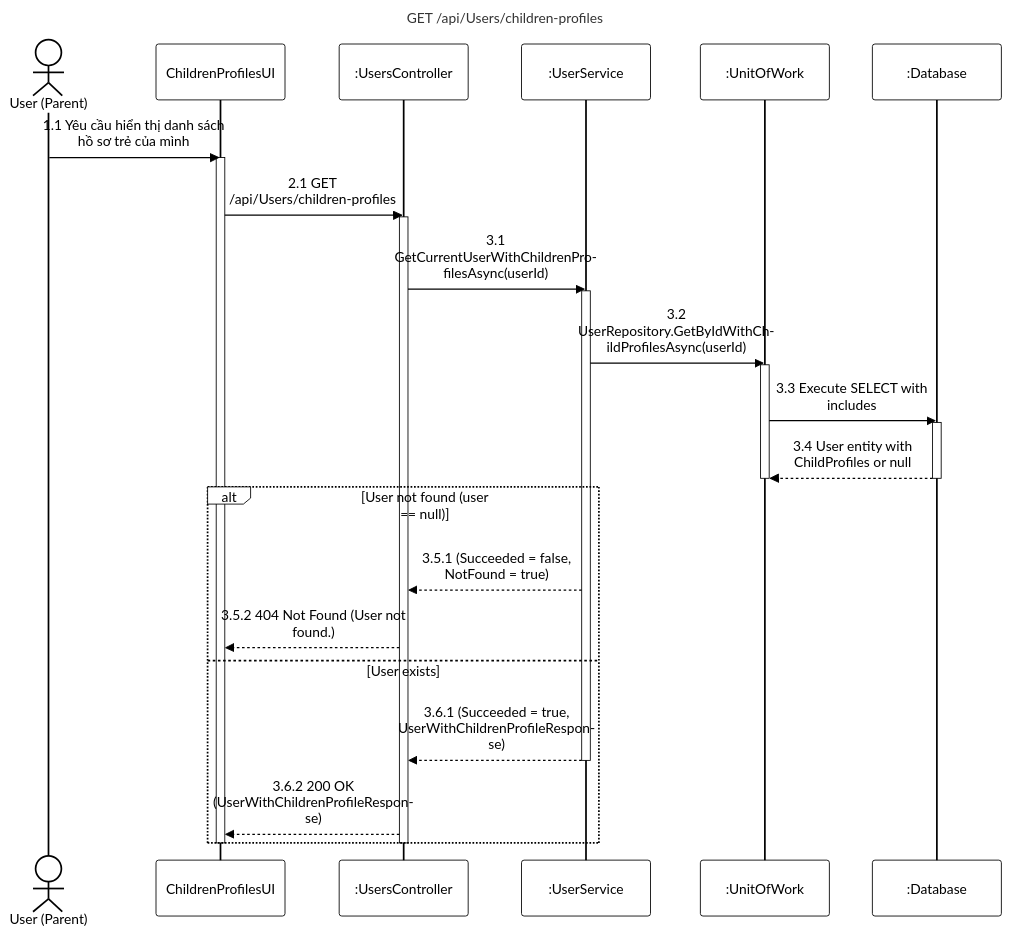
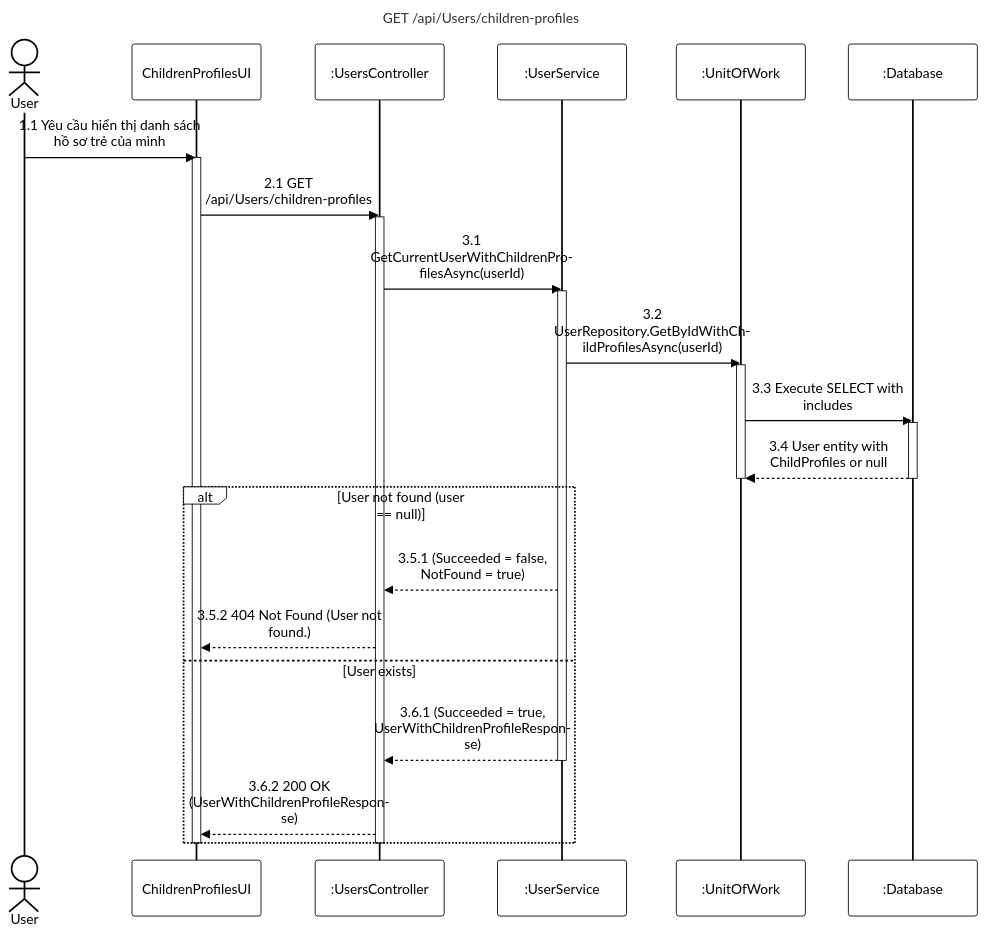
One commit to PhucAnDev/docx-diagram changed the diagram in 02-user-role-management/sequence-diagram/apis/get-children-profiles.mmd. Above: the diagram before and after it, drawn with Mermaid. The commit also changed 13 other files, not shown here.

Commit message:
fix: update sequence diagrams for users and roles to align actors and validation with code

```diff
--- a/02-user-role-management/sequence-diagram/apis/get-children-profiles.mmd
+++ b/02-user-role-management/sequence-diagram/apis/get-children-profiles.mmd
@@ -1,36 +1,36 @@
 %%{init: {'theme':'base', 'themeVariables': {'actorBkg':'#ffffff','actorBorder':'#000000','actorTextColor':'#000000','actorLineColor':'#000000','signalColor':'#000000','signalTextColor':'#000000','labelBoxBkgColor':'#ffffff','labelBoxBorderColor':'#000000','labelTextColor':'#000000','loopTextColor':'#000000','noteBkgColor':'#ffffff','noteBorderColor':'#000000','noteTextColor':'#000000','activationBorderColor':'#000000','activationBkgColor':'#ffffff','sequenceNumberColor':'#000000'}, 'sequence': {'width':150,'height':65,'actorFontSize':16,'messageFontSize':16,'wrap':true,'wrapPadding':10}}}%%
 sequenceDiagram
     title GET /api/Users/children-profiles
-    actor User as User (Parent)
+    actor User as User
     participant UI as ChildrenProfilesUI
     participant Endpoint as :UsersController
     participant Service as :UserService
     participant DB as :UnitOfWork
     participant Database as :Database
 
     User->>UI: 1.1 Yêu cầu hiển thị danh sách hồ sơ trẻ của mình
     activate UI
     UI->>Endpoint: 2.1 GET /api/Users/children-profiles
     activate Endpoint
 
     Endpoint->>Service: 3.1 GetCurrentUserWithChildrenProfilesAsync(userId)
     activate Service
 
     Service->>DB: 3.2 UserRepository.GetByIdWithChildProfilesAsync(userId)
     activate DB
     DB->>Database: 3.3 Execute SELECT with includes
     activate Database
     Database-->>DB: 3.4 User entity with ChildProfiles or null
     deactivate Database
     deactivate DB
 
     alt User not found (user == null)
         Service-->>Endpoint: 3.5.1 (Succeeded = false, NotFound = true)
         Endpoint-->>UI: 3.5.2 404 Not Found (User not found.)
     else User exists
         Service-->>Endpoint: 3.6.1 (Succeeded = true, UserWithChildrenProfileResponse)
         deactivate Service
         Endpoint-->>UI: 3.6.2 200 OK (UserWithChildrenProfileResponse)
     end
     deactivate Endpoint
     deactivate UI
```
